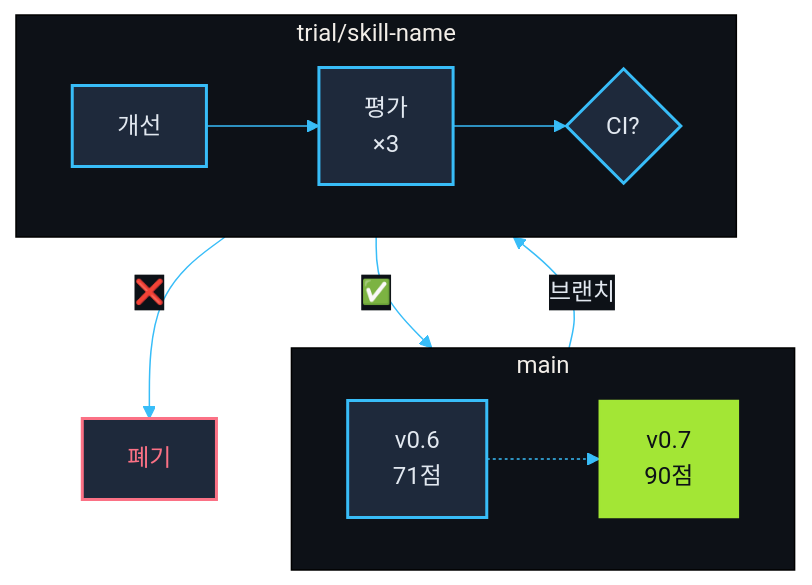
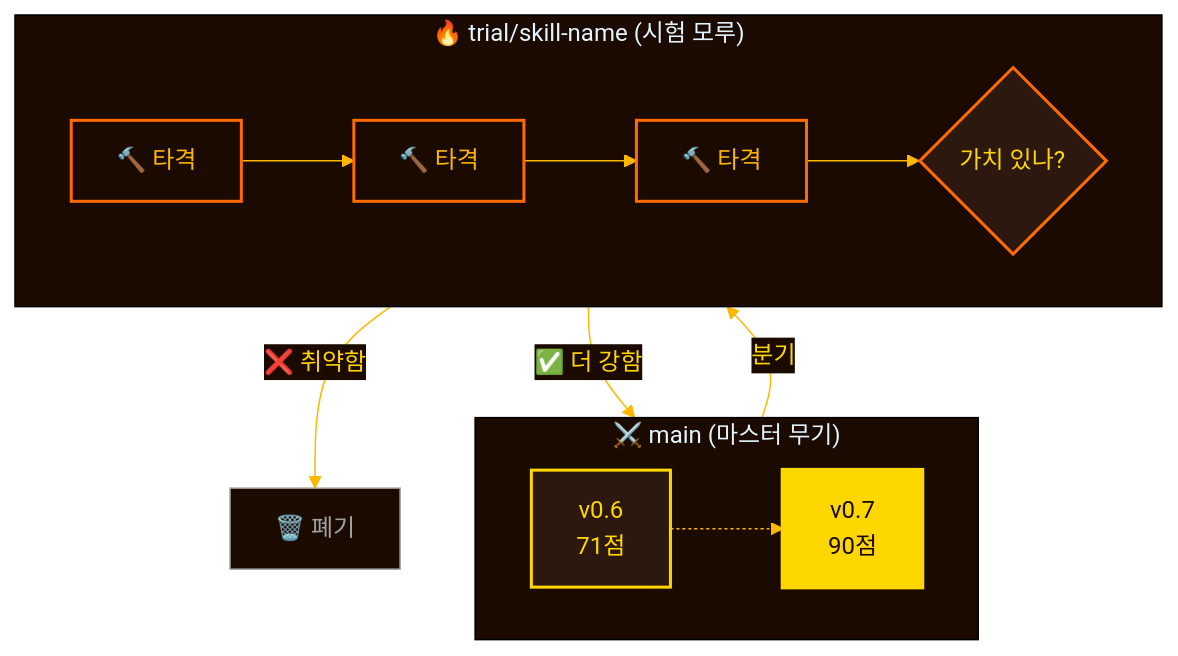
One commit to quantsquirrel/claude-skill-forge changed the second of 3 diagrams in README.ko.md. Above: the diagram before and after it, drawn with Mermaid. The commit also changed other lines of this file and 2 other files, not shown here.

````diff
--- a/README.ko.md
+++ b/README.ko.md
@@ -157,36 +127,38 @@
 ```mermaid
 %%{init: {'theme': 'base', 'themeVariables': {
-  'primaryColor': '#1E293B',
-  'primaryTextColor': '#E2E8F0',
-  'primaryBorderColor': '#38BDF8',
-  'lineColor': '#38BDF8',
-  'secondaryColor': '#0D1117',
-  'tertiaryColor': '#0D1117'
+  'primaryColor': '#2D1810',
+  'primaryTextColor': '#FFD700',
+  'primaryBorderColor': '#FF6B00',
+  'lineColor': '#FFB800',
+  'secondaryColor': '#1A0A00',
+  'tertiaryColor': '#1A0A00'
 }}}%%
 flowchart TB
-    subgraph MAIN["main"]
+    subgraph MAIN["⚔️ main (마스터 무기)"]
         direction LR
         C1["v0.6<br/>71점"]
         C2["v0.7<br/>90점"]
         C1 -.-> C2
     end
 
-    subgraph TRIAL["trial/skill-name"]
+    subgraph TRIAL["🔥 trial/skill-name (시험 모루)"]
         direction LR
-        T1["개선"]
-        T2["평가<br/>×3"]
-        T3{"CI?"}
-        T1 --> T2 --> T3
+        T1["🔨 타격"]
+        T2["🔨 타격"]
+        T3["🔨 타격"]
+        T4{"가치 있나?"}
+        T1 --> T2 --> T3 --> T4
     end
 
-    C1 -->|브랜치| T1
-    T3 -->|"✅"| C2
-    T3 -->|"❌"| D["폐기"]
+    C1 -->|"분기"| T1
+    T4 -->|"✅ 더 강함"| C2
+    T4 -->|"❌ 취약함"| D["🗑️ 폐기"]
 
-    style C1 fill:#1E293B,stroke:#38BDF8,stroke-width:2px,color:#E2E8F0
-    style C2 fill:#A3E635,stroke:#A3E635,color:#0D1117
-    style T1 fill:#1E293B,stroke:#38BDF8,stroke-width:2px,color:#E2E8F0
-    style T2 fill:#1E293B,stroke:#38BDF8,stroke-width:2px,color:#E2E8F0
-    style T3 fill:#1E293B,stroke:#38BDF8,stroke-width:2px,color:#E2E8F0
-    style D fill:#1E293B,stroke:#FB7185,stroke-width:2px,color:#FB7185
+    style C1 fill:#2D1810,stroke:#FFD700,stroke-width:2px,color:#FFD700
+    style C2 fill:#FFD700,stroke:#FFD700,color:#1A0A00,stroke-width:3px
+    style T1 fill:#1A0A00,stroke:#FF6B00,stroke-width:2px,color:#FFB800
+    style T2 fill:#1A0A00,stroke:#FF6B00,stroke-width:2px,color:#FFB800
+    style T3 fill:#1A0A00,stroke:#FF6B00,stroke-width:2px,color:#FFB800
+    style T4 fill:#2D1810,stroke:#FF6B00,stroke-width:2px,color:#FFD700
+    style D fill:#1A0A00,stroke:#A0A0A0,stroke-width:1px,color:#A0A0A0
 ```
````
